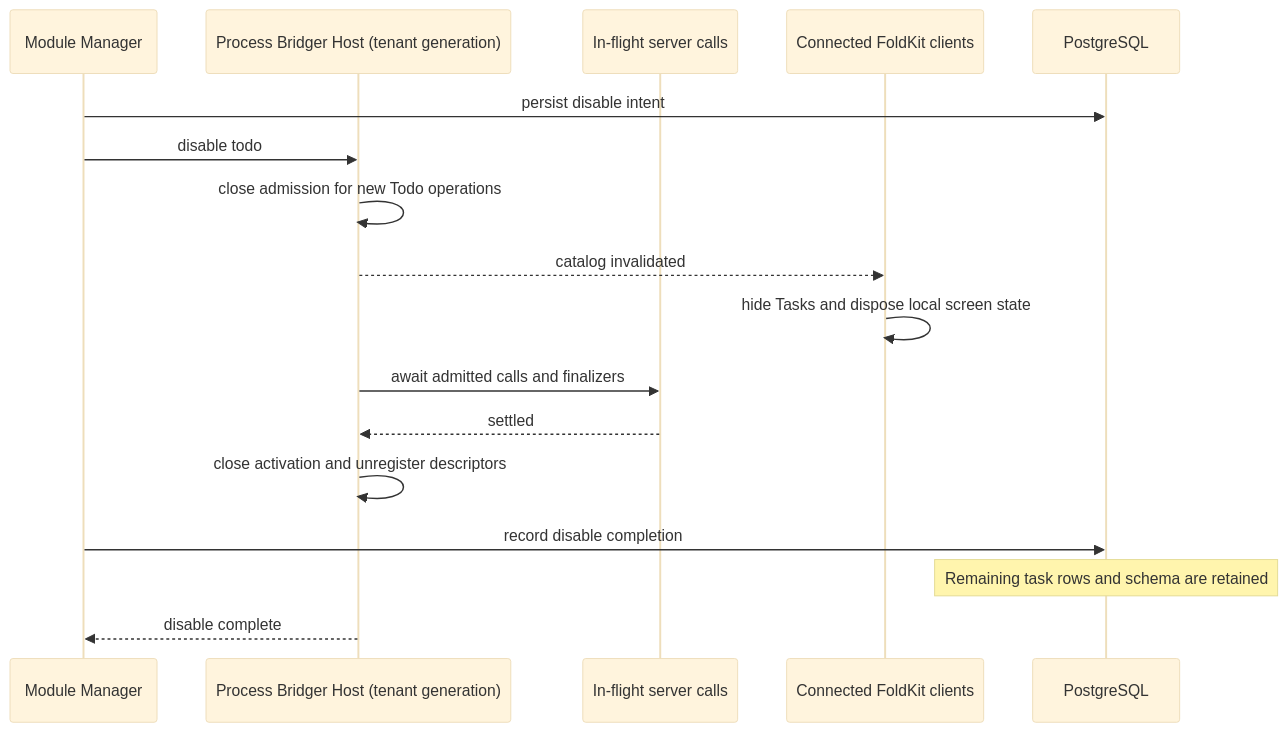
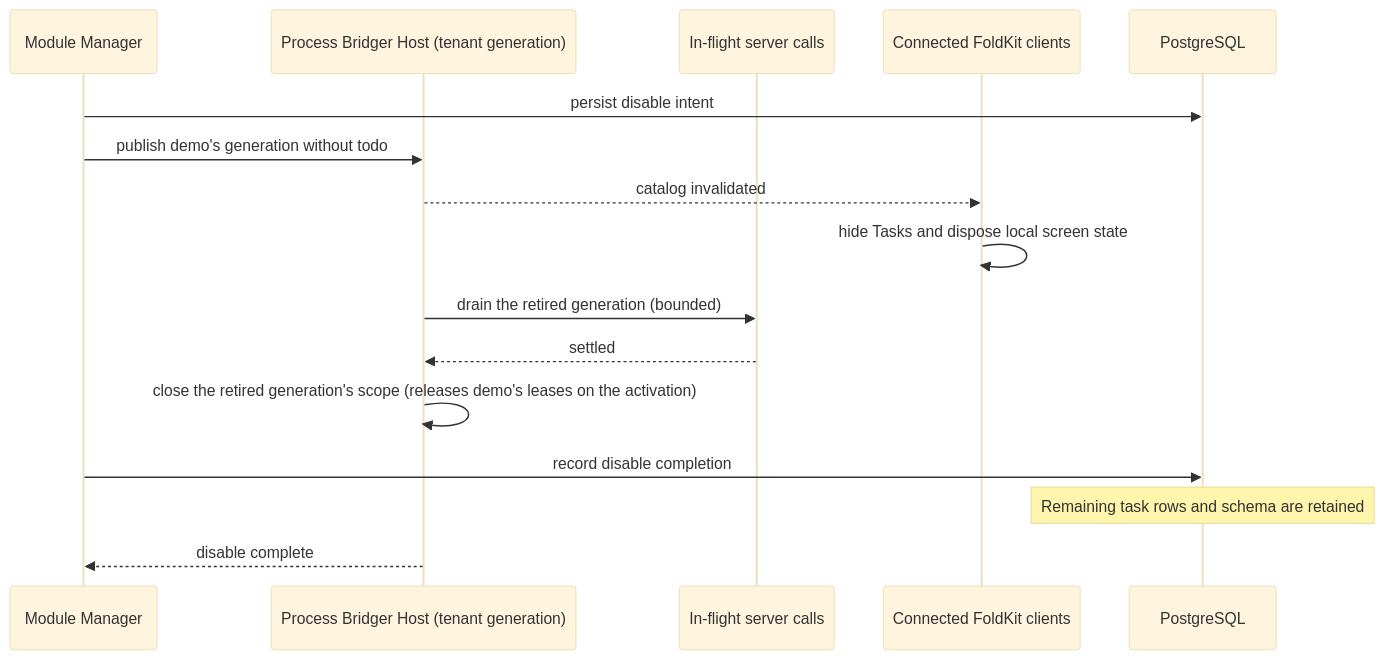
The fifth of 5 diagrams in docs/ERP-TODO-WALKTHROUGH.md (leaderiop/Bridger), drawn with Mermaid (base theme) before and after one commit. The commit also changed other lines of this file and 173 other files, not shown here.

````diff
--- a/docs/ERP-TODO-WALKTHROUGH.md
+++ b/docs/ERP-TODO-WALKTHROUGH.md
@@ -440,20 +445,19 @@
 ```mermaid
 sequenceDiagram
     participant Admin as Module Manager
     participant Host as Process Bridger Host (tenant generation)
     participant Calls as In-flight server calls
     participant UI as Connected FoldKit clients
     participant DB as PostgreSQL
 
     Admin->>DB: persist disable intent
-    Admin->>Host: disable todo
-    Host->>Host: close admission for new Todo operations
+    Admin->>Host: publish demo's generation without todo
     Host-->>UI: catalog invalidated
     UI->>UI: hide Tasks and dispose local screen state
-    Host->>Calls: await admitted calls and finalizers
+    Host->>Calls: drain the retired generation (bounded)
     Calls-->>Host: settled
-    Host->>Host: close activation and unregister descriptors
+    Host->>Host: close the retired generation's scope (releases demo's leases on the activation)
     Admin->>DB: record disable completion
     Note over DB: Remaining task rows and schema are retained
     Host-->>Admin: disable complete
 ```
````
